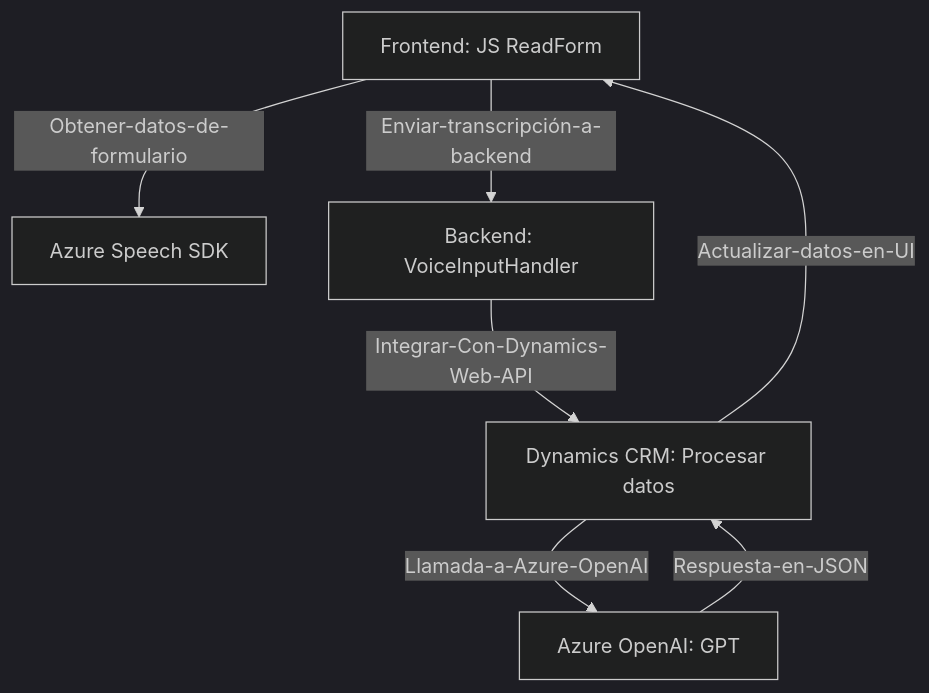
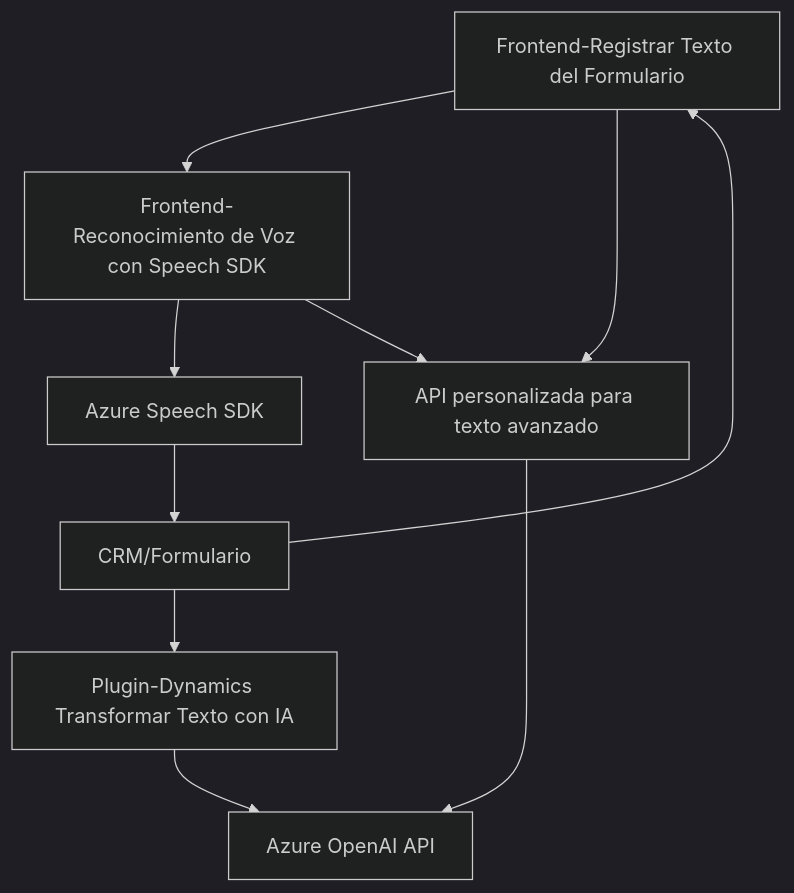
The diagram in README.md (blopezdm/NETCORE_BILBAO2025), drawn with Mermaid (dark theme) before and after one commit. The commit also changed other lines of this file, not shown here.

Commit message:
Actualizar análisis global de la solución con IA

````diff
--- a/README.md
+++ b/README.md
@@ -28,9 +44,20 @@
 ```mermaid
 graph TD
-    A[Frontend: JS ReadForm] -->|Obtener-datos-de-formulario| B["Azure Speech SDK"]
-    A -->|Enviar-transcripción-a-backend| C[Backend: VoiceInputHandler]
-    C -->|Integrar-Con-Dynamics-Web-API| D["Dynamics CRM: Procesar datos"]
-    D -->|Llamada-a-Azure-OpenAI| E["Azure OpenAI: GPT"]
-    E -->|Respuesta-en-JSON| D
-    D -->|Actualizar-datos-en-UI| A
+    A["Frontend-Registrar Texto del Formulario"]
+    B["Frontend-Reconocimiento de Voz con Speech SDK"]
+    C["Azure Speech SDK"]
+    D["Azure OpenAI API"]
+    E["Plugin-Dynamics Transformar Texto con IA"]
+    F["CRM/Formulario"]
+    G["API personalizada para texto avanzado"]
+
+    A --> B
+    B --> C
+    F --> A
+    F --> E
+    C --> F
+    E --> D
+    A --> G
+    B --> G
+    G --> D
 ```
````
